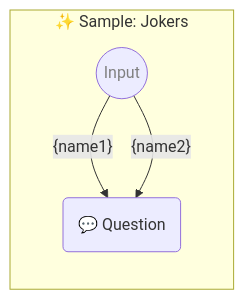
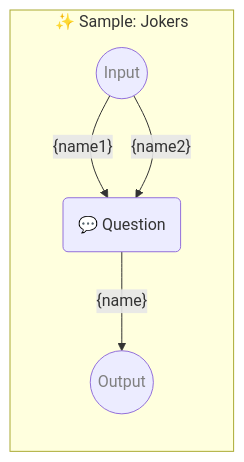
The diagram in samples/templates/41-jokers.ptbk.md (webgptorg/promptbook), drawn with Mermaid before and after one commit. The commit also changed other lines of this file and 43 other files, not shown here.

````diff
--- a/samples/templates/41-jokers.ptbk.md
+++ b/samples/templates/41-jokers.ptbk.md
@@ -13,17 +14,21 @@
 ```mermaid
 %% 🔮 Tip: Open this on GitHub or in the VSCode website to see the Mermaid graph visually
 
 flowchart LR
   subgraph "✨ Sample: Jokers"
 
       direction TB
 
       input((Input)):::input
       templateQuestion(💬 Question)
       input--"{name1}"-->templateQuestion
       input--"{name2}"-->templateQuestion
 
+      templateQuestion--"{name}"-->output
+      output((Output)):::output
+
       classDef input color: grey;
+      classDef output color: grey;
 
   end;
 ```
````
